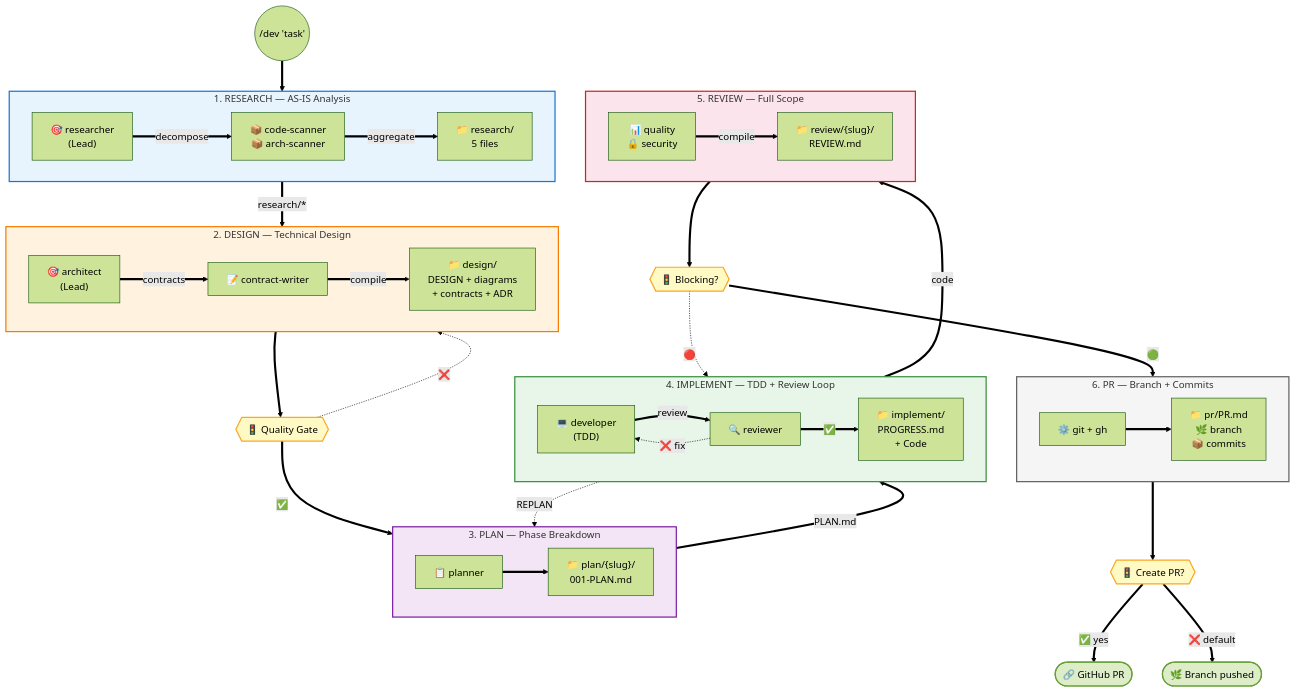
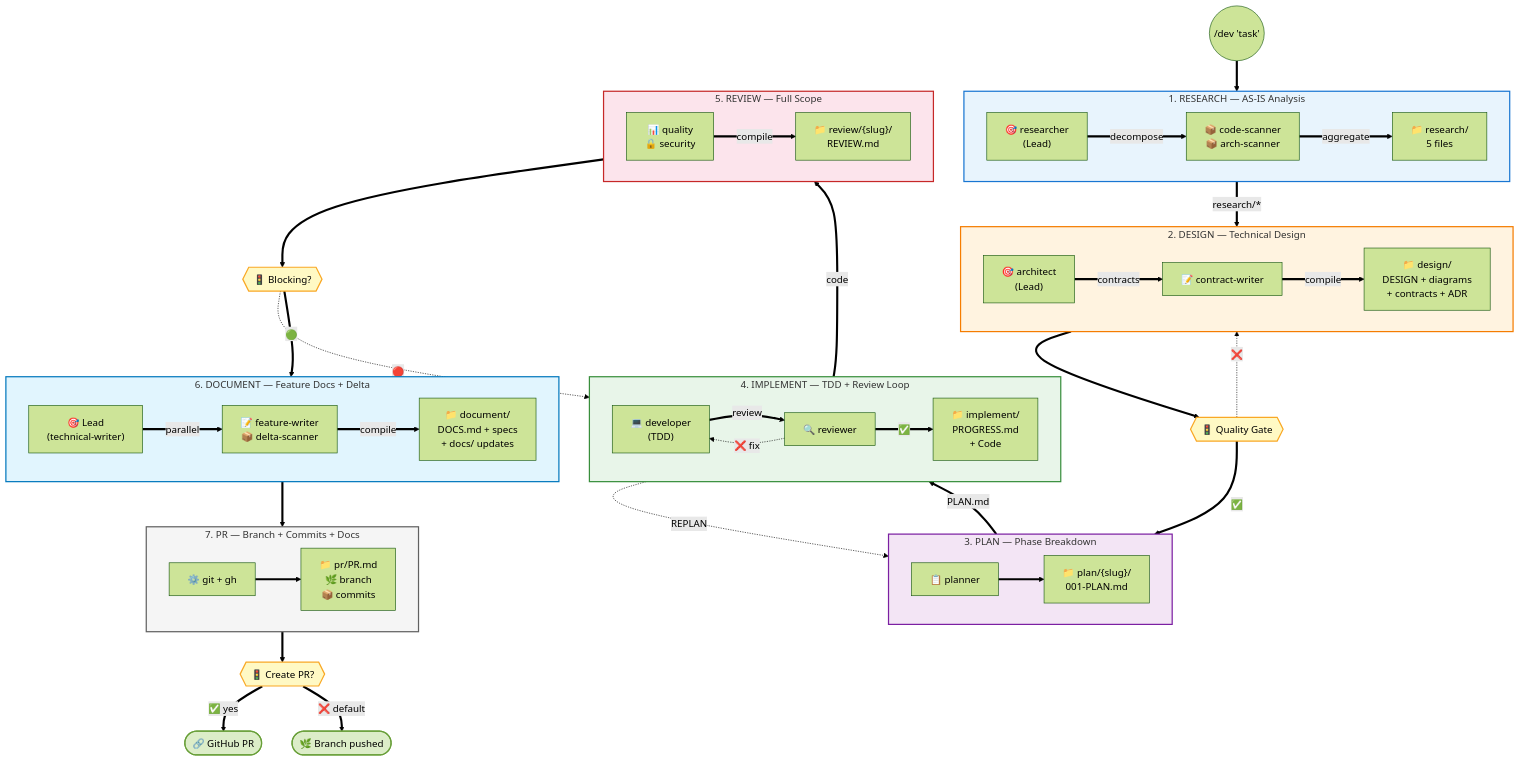
Before and after one commit to ikovinski/Claude: diagram 13 of 14 in docs/dev-workflow/diagrams.md, drawn with Mermaid (forest theme). The commit also changed other lines of this file and 10 other files, not shown here.

````diff
--- a/docs/dev-workflow/diagrams.md
+++ b/docs/dev-workflow/diagrams.md
@@ -498,69 +584,78 @@
 ```mermaid
 flowchart TB
     START(("/dev 'task'")) ==> R
 
     subgraph R["1. RESEARCH — AS-IS Analysis"]
         direction LR
         R1["🎯 researcher<br/>(Lead)"] ==>|"decompose"| R2["📦 code-scanner<br/>📦 arch-scanner"]
         R2 ==>|"aggregate"| R3["📁 research/<br/>5 files"]
     end
 
     R ==>|"research/*"| D
 
     subgraph D["2. DESIGN — Technical Design"]
         direction LR
         D1["🎯 architect<br/>(Lead)"] ==>|"contracts"| D2["📝 contract-writer"]
         D2 ==>|"compile"| D3["📁 design/<br/>DESIGN + diagrams<br/>+ contracts + ADR"]
     end
 
     D ==> QG1{{"🚦 Quality Gate"}}
     QG1 -.->|"❌"| D
     QG1 ==>|"✅"| P
 
     subgraph P["3. PLAN — Phase Breakdown"]
         direction LR
         P1["📋 planner"] ==> P2["📁 plan/{slug}/<br/>001-PLAN.md"]
     end
 
     P ==>|"PLAN.md"| I
 
     subgraph I["4. IMPLEMENT — TDD + Review Loop"]
         direction LR
         I1["💻 developer<br/>(TDD)"] ==>|"review"| I2["🔍 reviewer"]
         I2 -.->|"❌ fix"| I1
         I2 ==>|"✅"| I3["📁 implement/<br/>PROGRESS.md<br/>+ Code"]
     end
 
     I -.->|"REPLAN"| P
     I ==>|"code"| REV
 
     subgraph REV["5. REVIEW — Full Scope"]
         direction LR
         REV1["📊 quality<br/>🔒 security"] ==>|"compile"| REV2["📁 review/{slug}/<br/>REVIEW.md"]
     end
 
     REV ==> QG2{{"🚦 Blocking?"}}
     QG2 -.->|"🔴"| I
-    QG2 ==>|"🟢"| PR
+    QG2 ==>|"🟢"| DOC
 
-    subgraph PR["6. PR — Branch + Commits"]
+    subgraph DOC["6. DOCUMENT — Feature Docs + Delta"]
+        direction LR
+        DOC1["🎯 Lead<br/>(technical-writer)"] ==>|"parallel"| DOC2["📝 feature-writer<br/>📦 delta-scanner"]
+        DOC2 ==>|"compile"| DOC3["📁 document/<br/>DOCS.md + specs<br/>+ docs/ updates"]
+    end
+
+    DOC ==> PR
+
+    subgraph PR["7. PR — Branch + Commits + Docs"]
         direction LR
         PR1["⚙️ git + gh"] ==> PR2["📁 pr/PR.md<br/>🌿 branch<br/>📦 commits"]
     end
 
     PR ==> QG3{{"🚦 Create PR?"}}
     QG3 ==>|"✅ yes"| GH(["🔗 GitHub PR"])
     QG3 ==>|"❌ default"| DONE(["🌿 Branch pushed"])
 
     style R fill:#e8f4fd,stroke:#1976d2,stroke-width:2px
     style D fill:#fff3e0,stroke:#f57c00,stroke-width:2px
     style P fill:#f3e5f5,stroke:#7b1fa2,stroke-width:2px
     style I fill:#e8f5e9,stroke:#388e3c,stroke-width:2px
     style REV fill:#fce4ec,stroke:#c62828,stroke-width:2px
+    style DOC fill:#e1f5fe,stroke:#0277bd,stroke-width:2px
     style PR fill:#f5f5f5,stroke:#616161,stroke-width:2px
     style QG1 fill:#fff9c4,stroke:#f9a825,stroke-width:2px
     style QG2 fill:#fff9c4,stroke:#f9a825,stroke-width:2px
     style QG3 fill:#fff9c4,stroke:#f9a825,stroke-width:2px
     style GH fill:#dcedc8,stroke:#689f38,stroke-width:2px
     style DONE fill:#dcedc8,stroke:#689f38,stroke-width:2px
 ```
````
